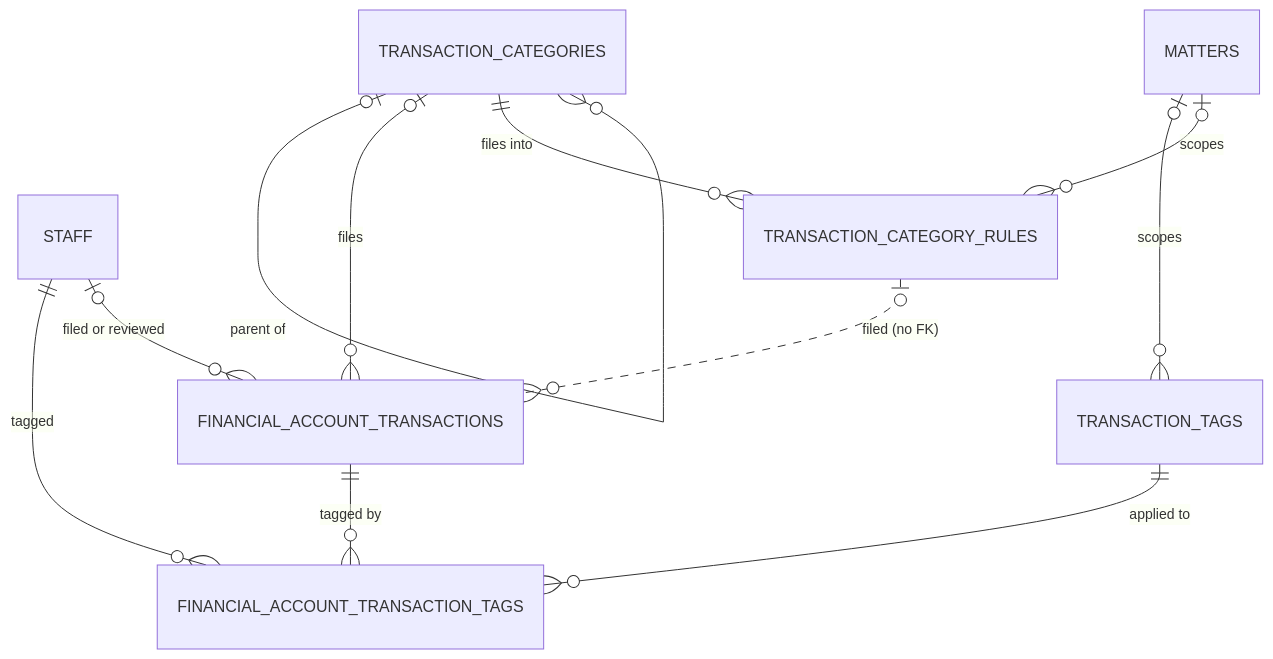
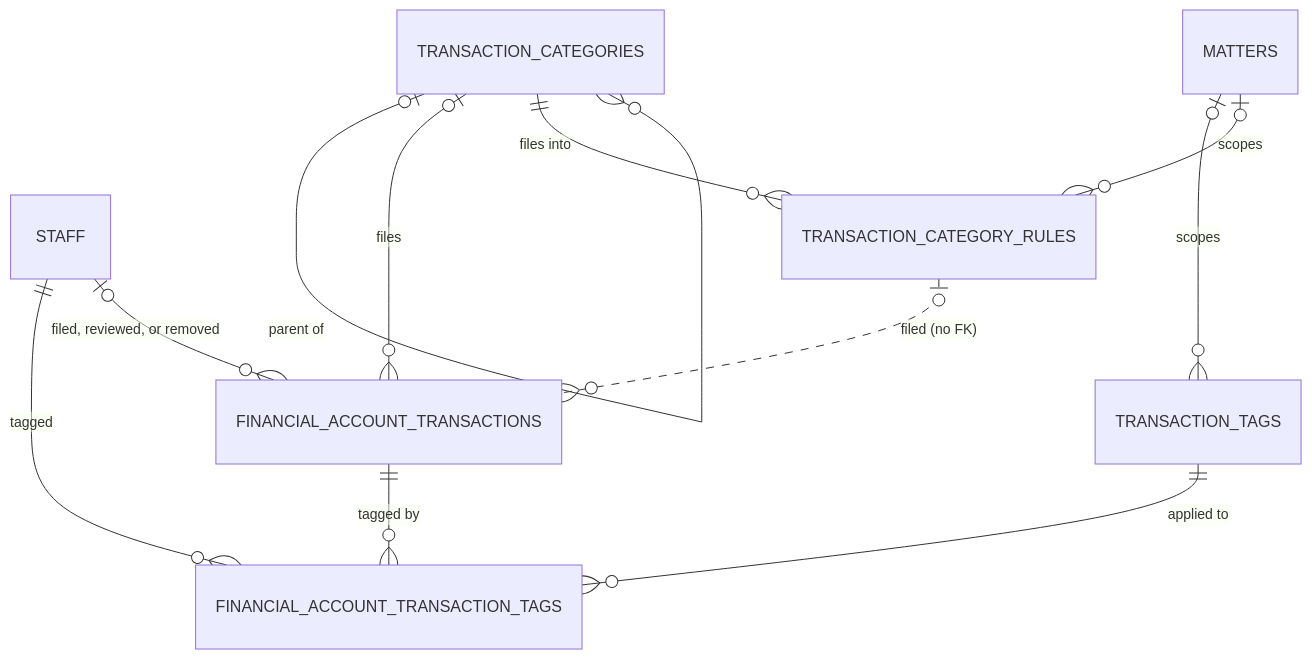
The eighth of 10 diagrams in docs/erd.md (tjdaley/cyclone), drawn with Mermaid before and after one commit. The commit also changed other lines of this file and 26 other files, not shown here.

````diff
--- a/docs/erd.md
+++ b/docs/erd.md
@@ -240,13 +296,13 @@
 ```mermaid
 erDiagram
     TRANSACTION_CATEGORIES              |o--o{ TRANSACTION_CATEGORIES : "parent of"
     TRANSACTION_CATEGORIES              |o--o{ FINANCIAL_ACCOUNT_TRANSACTIONS : "files"
     FINANCIAL_ACCOUNT_TRANSACTIONS      ||--o{ FINANCIAL_ACCOUNT_TRANSACTION_TAGS : "tagged by"
     TRANSACTION_TAGS                    ||--o{ FINANCIAL_ACCOUNT_TRANSACTION_TAGS : "applied to"
     MATTERS                             |o--o{ TRANSACTION_TAGS : "scopes"
     STAFF                               ||--o{ FINANCIAL_ACCOUNT_TRANSACTION_TAGS : "tagged"
     TRANSACTION_CATEGORIES              ||--o{ TRANSACTION_CATEGORY_RULES : "files into"
     MATTERS                             |o--o{ TRANSACTION_CATEGORY_RULES : "scopes"
     TRANSACTION_CATEGORY_RULES          |o..o{ FINANCIAL_ACCOUNT_TRANSACTIONS : "filed (no FK)"
-    STAFF                               |o--o{ FINANCIAL_ACCOUNT_TRANSACTIONS : "filed or reviewed"
+    STAFF                               |o--o{ FINANCIAL_ACCOUNT_TRANSACTIONS : "filed, reviewed, or removed"
 ```
````
